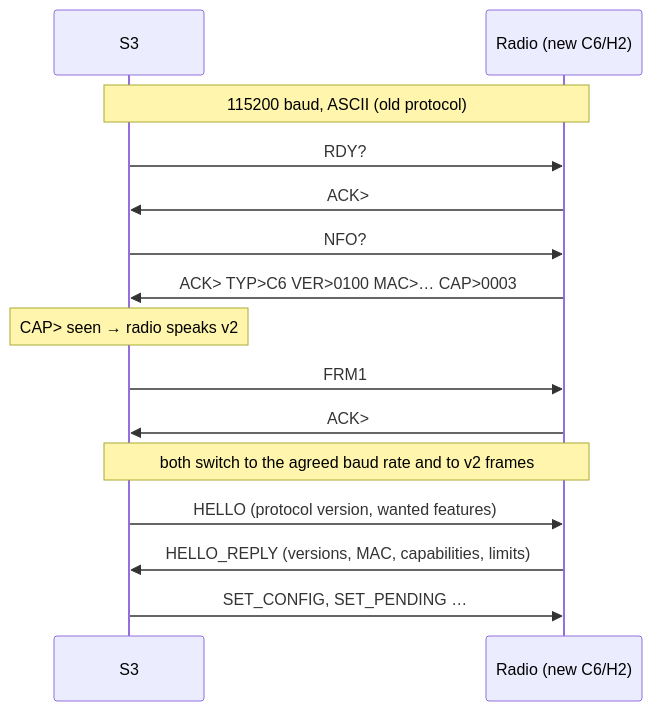
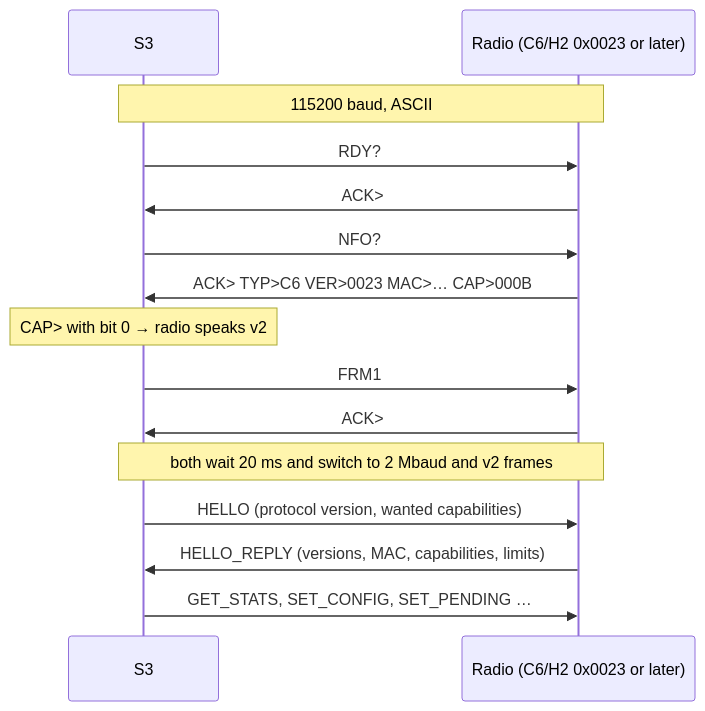
Before and after one commit to OpenEPaperLink/OpenEPaperLink: the diagram in docs/design/radio-protocol-v2.md, drawn with Mermaid. The commit also changed other lines of this file and 2 other files, not shown here.

First line of the commit message:
Docs: radio protocol v2 describes the current protocol

````diff
--- a/docs/design/radio-protocol-v2.md
+++ b/docs/design/radio-protocol-v2.md
@@ -19,17 +24,17 @@
 ```mermaid
 sequenceDiagram
     participant S3
-    participant R as Radio (new C6/H2)
-    Note over S3,R: 115200 baud, ASCII (old protocol)
+    participant R as Radio (C6/H2 0x0023 or later)
+    Note over S3,R: 115200 baud, ASCII
     S3->>R: RDY?
     R->>S3: ACK>
     S3->>R: NFO?
-    R->>S3: ACK> TYP>C6 VER>0100 MAC>… CAP>0003
-    Note over S3: CAP> seen → radio speaks v2
+    R->>S3: ACK> TYP>C6 VER>0023 MAC>… CAP>000B
+    Note over S3: CAP> with bit 0 → radio speaks v2
     S3->>R: FRM1
     R->>S3: ACK>
-    Note over S3,R: both switch to the agreed baud rate and to v2 frames
-    S3->>R: HELLO (protocol version, wanted features)
+    Note over S3,R: both wait 20 ms and switch to 2 Mbaud and v2 frames
+    S3->>R: HELLO (protocol version, wanted capabilities)
     R->>S3: HELLO_REPLY (versions, MAC, capabilities, limits)
-    S3->>R: SET_CONFIG, SET_PENDING …
+    S3->>R: GET_STATS, SET_CONFIG, SET_PENDING …
 ```
````
